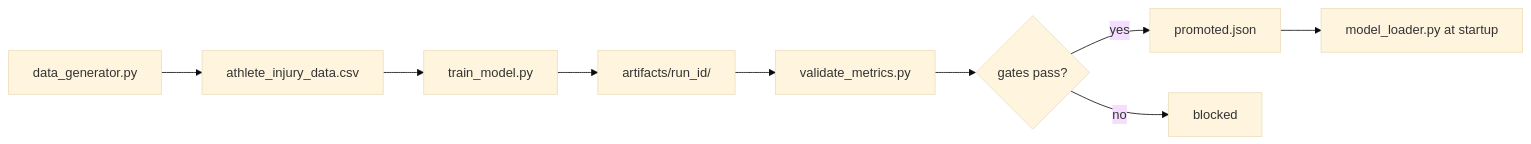
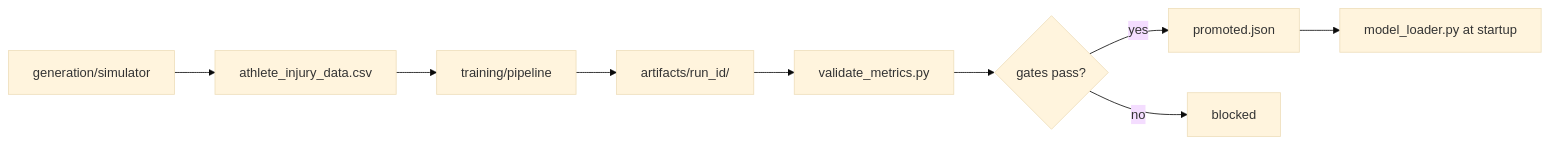
One commit to yahav97/final_project_AthleAgent changed the second of 4 diagrams in docs/LLD_PROJECT.md. Above: the diagram before and after it, drawn with Mermaid (base theme). The commit also changed other lines of this file and 2 other files, not shown here.

First line of the commit message:
Refactor ML model structure and update documentation for clarity

````diff
--- a/docs/LLD_PROJECT.md
+++ b/docs/LLD_PROJECT.md
@@ -287,11 +293,11 @@
 ```mermaid
 flowchart LR
-    A[data_generator.py] --> B[athlete_injury_data.csv]
-    B --> C[train_model.py]
+    A[generation/simulator] --> B[athlete_injury_data.csv]
+    B --> C[training/pipeline]
     C --> D[artifacts/run_id/]
     D --> E[validate_metrics.py]
     E --> F{gates pass?}
     F -->|yes| G[promoted.json]
     F -->|no| H[blocked]
     G --> I[model_loader.py at startup]
 ```
````
